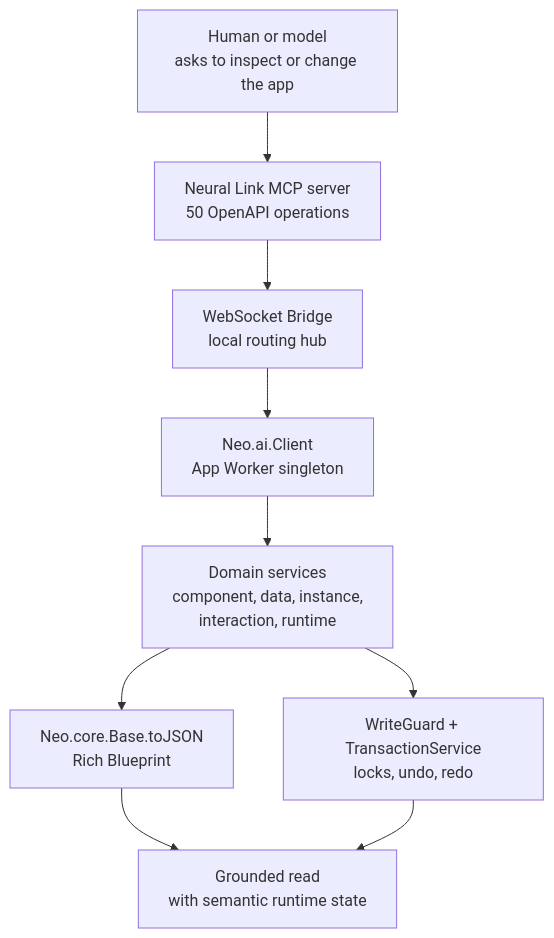
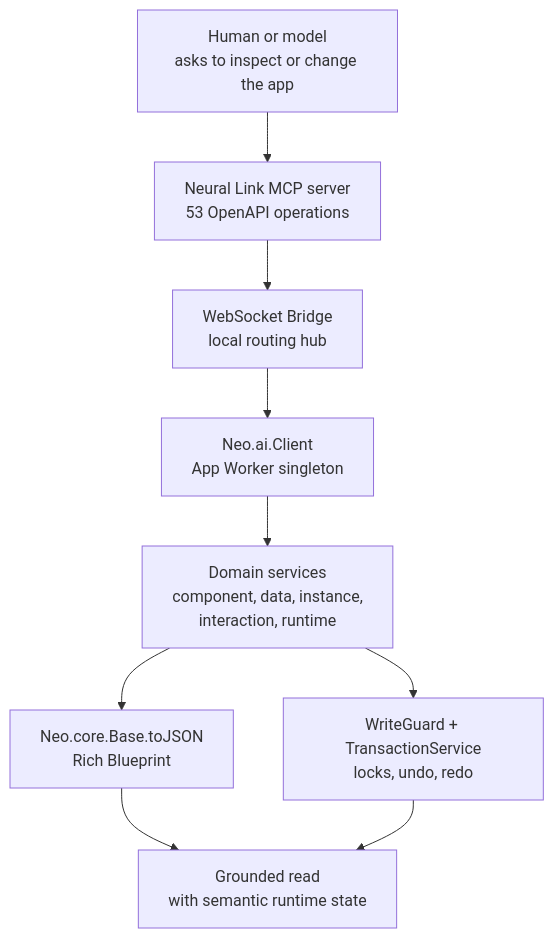
Before and after one commit to neomjs/neo: the first of 3 diagrams in learn/agentos/NeuralLink.md, drawn with Mermaid. The commit also changed other lines of this file and 1 other file, not shown here.

Commit message:
fix(ai): update Neural Link operation count (#14650)

````diff
--- a/learn/agentos/NeuralLink.md
+++ b/learn/agentos/NeuralLink.md
@@ -71,11 +71,11 @@
 ```mermaid
 flowchart TD
-    Reader["Human or model<br/>asks to inspect or change the app"] --> Server["Neural Link MCP server<br/>50 OpenAPI operations"]
+    Reader["Human or model<br/>asks to inspect or change the app"] --> Server["Neural Link MCP server<br/>53 OpenAPI operations"]
     Server --> Bridge["WebSocket Bridge<br/>local routing hub"]
     Bridge --> Client["Neo.ai.Client<br/>App Worker singleton"]
     Client --> Services["Domain services<br/>component, data, instance,<br/>interaction, runtime"]
     Services --> Blueprint["Neo.core.Base.toJSON<br/>Rich Blueprint"]
     Services --> Guardrails["WriteGuard + TransactionService<br/>locks, undo, redo"]
     Blueprint --> Result["Grounded read<br/>with semantic runtime state"]
     Guardrails --> Result
 ```
````
